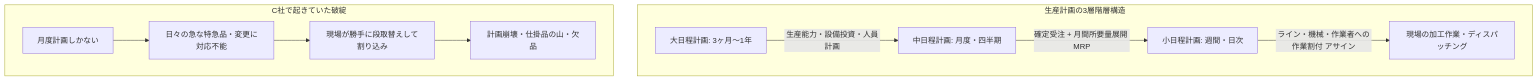
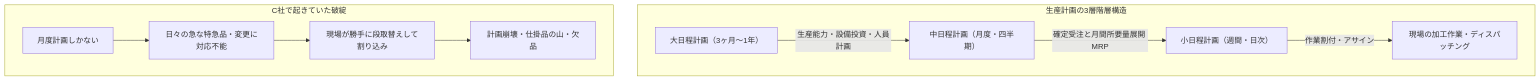
Before and after one commit to KozyK/sme_study_2026: the second of 3 diagrams in study_materials/jirei3_2022_mastery.md, drawn with Mermaid. The commit also changed other lines of this file and 1 other file, not shown here.

Commit message:
fix: Mermaid記法のコロン・記号クォート化によるSyntax Error修正

````diff
--- a/study_materials/jirei3_2022_mastery.md
+++ b/study_materials/jirei3_2022_mastery.md
@@ -147,14 +151,14 @@
 ```mermaid
 graph TD
     subgraph 生産計画の3層階層構造
-        P1[大日程計画: 3ヶ月〜1年] -->|生産能力・設備投資・人員計画| P2[中日程計画: 月度・四半期]
-        P2 -->|確定受注 + 月間所要量展開 MRP| P3[小日程計画: 週間・日次]
-        P3 -->|ライン・機械・作業者への作業割付 アサイン| Execution[現場の加工作業・ディスパッチング]
+        P1["大日程計画（3ヶ月〜1年）"] -->|生産能力・設備投資・人員計画| P2["中日程計画（月度・四半期）"]
+        P2 -->|確定受注と月間所要量展開 MRP| P3["小日程計画（週間・日次）"]
+        P3 -->|作業割付・アサイン| Execution["現場の加工作業・ディスパッチング"]
     end
 
     subgraph C社で起きていた破綻
-        F1[月度計画しかない] --> F2[日々の急な特急品・変更に対応不能]
-        F2 --> F3[現場が勝手に段取替えして割り込み]
-        F3 --> F4[計画崩壊・仕掛品の山・欠品]
+        F1["月度計画しかない"] --> F2["日々の急な特急品・変更に対応不能"]
+        F2 --> F3["現場が勝手に段取替えして割り込み"]
+        F3 --> F4["計画崩壊・仕掛品の山・欠品"]
     end
 ```
````
